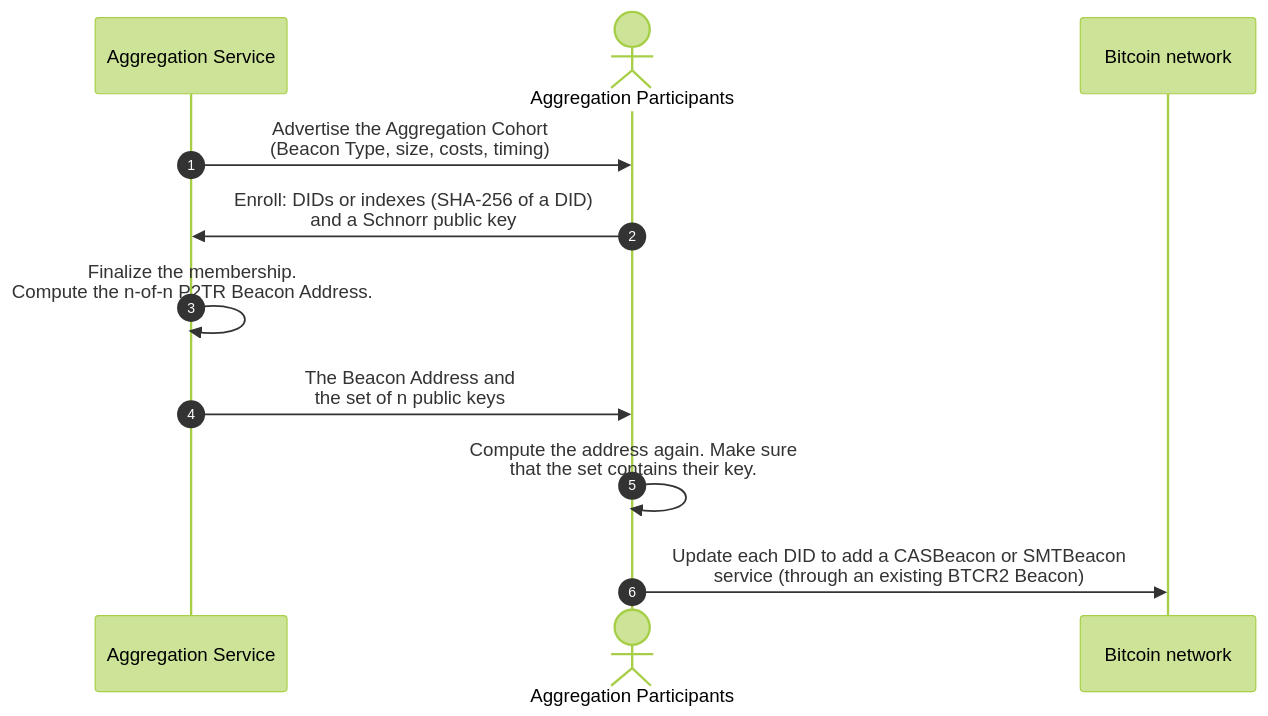
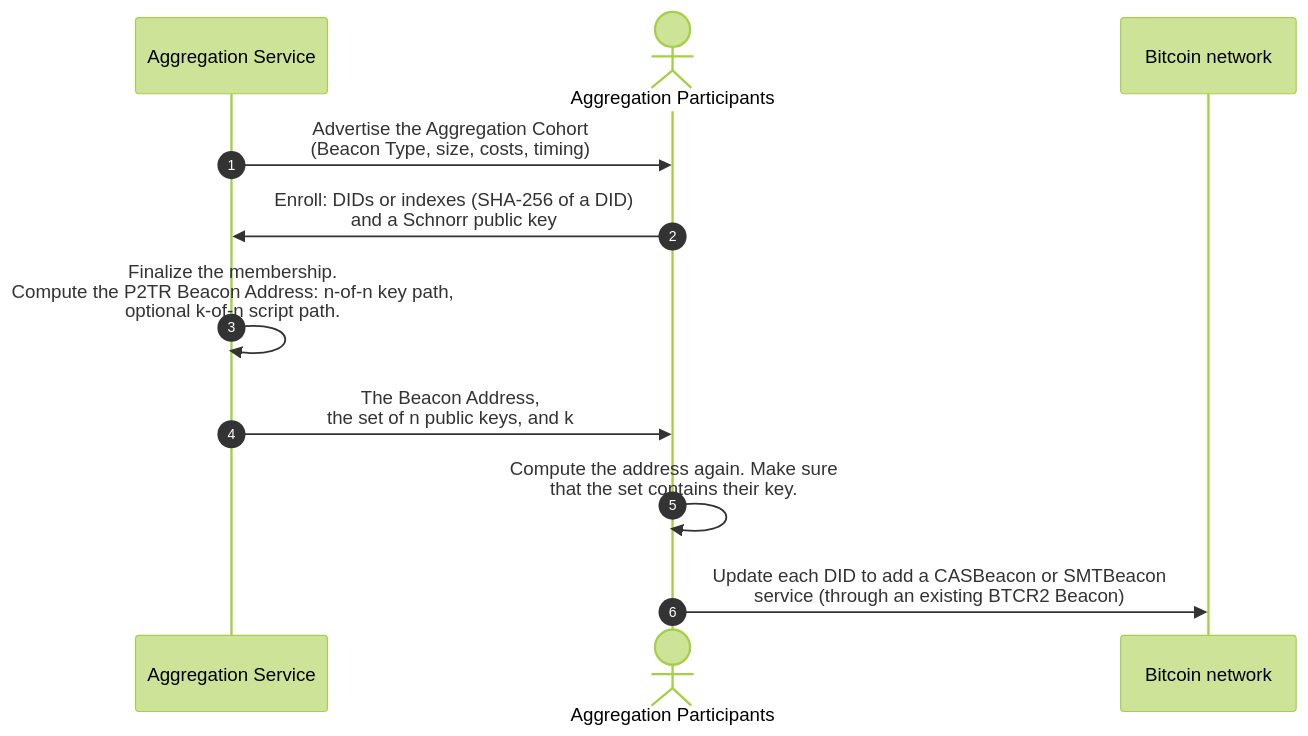
One commit to dcdpr/website-btcr2-dev changed the fourth of 7 diagrams in src/content/docs/diagrams/beacons.md. Above: the diagram before and after it, drawn with Mermaid (forest theme). The commit also changed other lines of this file and 9 other files, not shown here.

First line of the commit message:
docs(diagrams): show a k-of-n fallback next to n-of-n signatures

````diff
--- a/src/content/docs/diagrams/beacons.md
+++ b/src/content/docs/diagrams/beacons.md
@@ -81,14 +110,14 @@
 ```mermaid
 sequenceDiagram
     autonumber
     participant Service as Aggregation Service
     actor P as Aggregation Participants
     participant BTC as Bitcoin network
 
     Service->>P: Advertise the Aggregation Cohort<br/>(Beacon Type, size, costs, timing)
     P->>Service: Enroll: DIDs or indexes (SHA-256 of a DID)<br/>and a Schnorr public key
-    Service->>Service: Finalize the membership.<br/>Compute the n-of-n P2TR Beacon Address.
-    Service->>P: The Beacon Address and<br/>the set of n public keys
+    Service->>Service: Finalize the membership.<br/>Compute the P2TR Beacon Address: n-of-n key path,<br/>optional k-of-n script path.
+    Service->>P: The Beacon Address,<br/>the set of n public keys, and k
     P->>P: Compute the address again. Make sure<br/>that the set contains their key.
     P->>BTC: Update each DID to add a CASBeacon or SMTBeacon<br/>service (through an existing BTCR2 Beacon)
 ```
````
